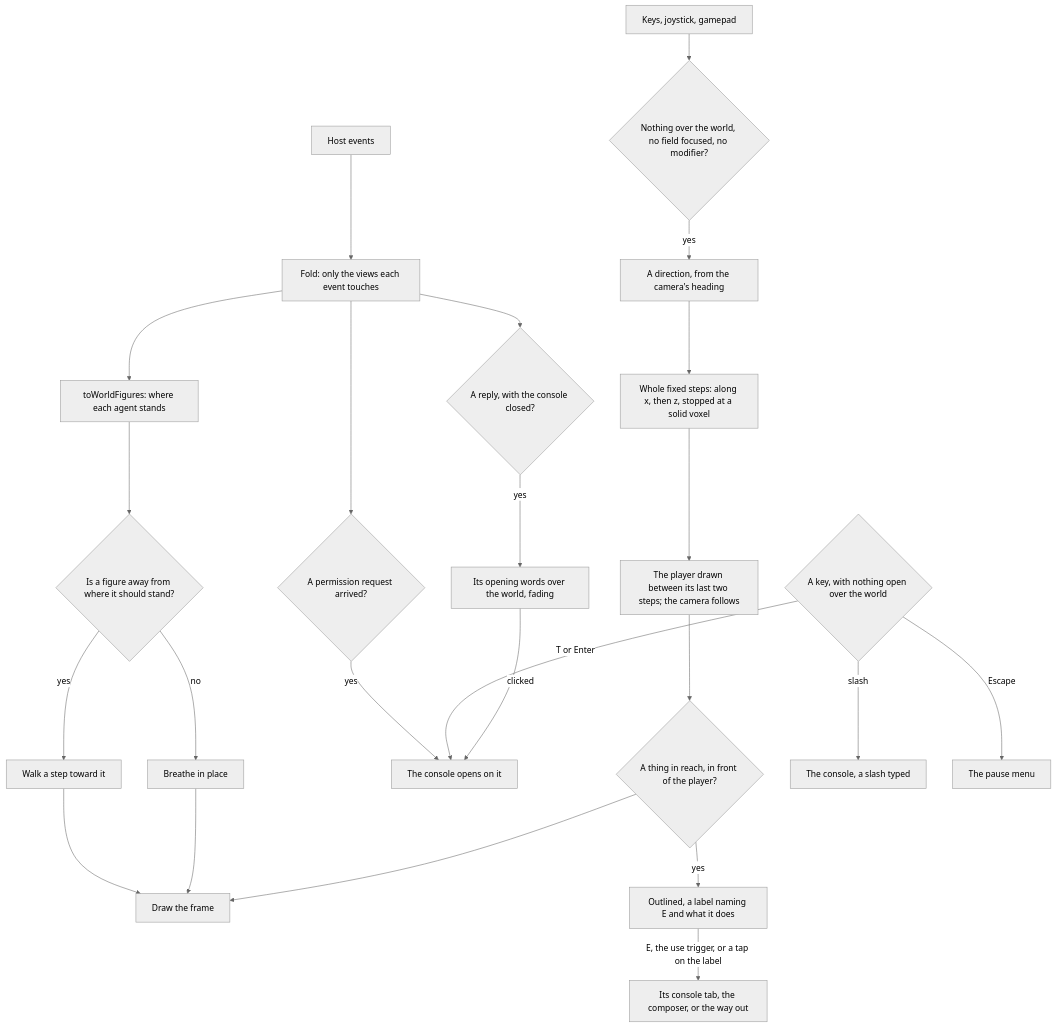
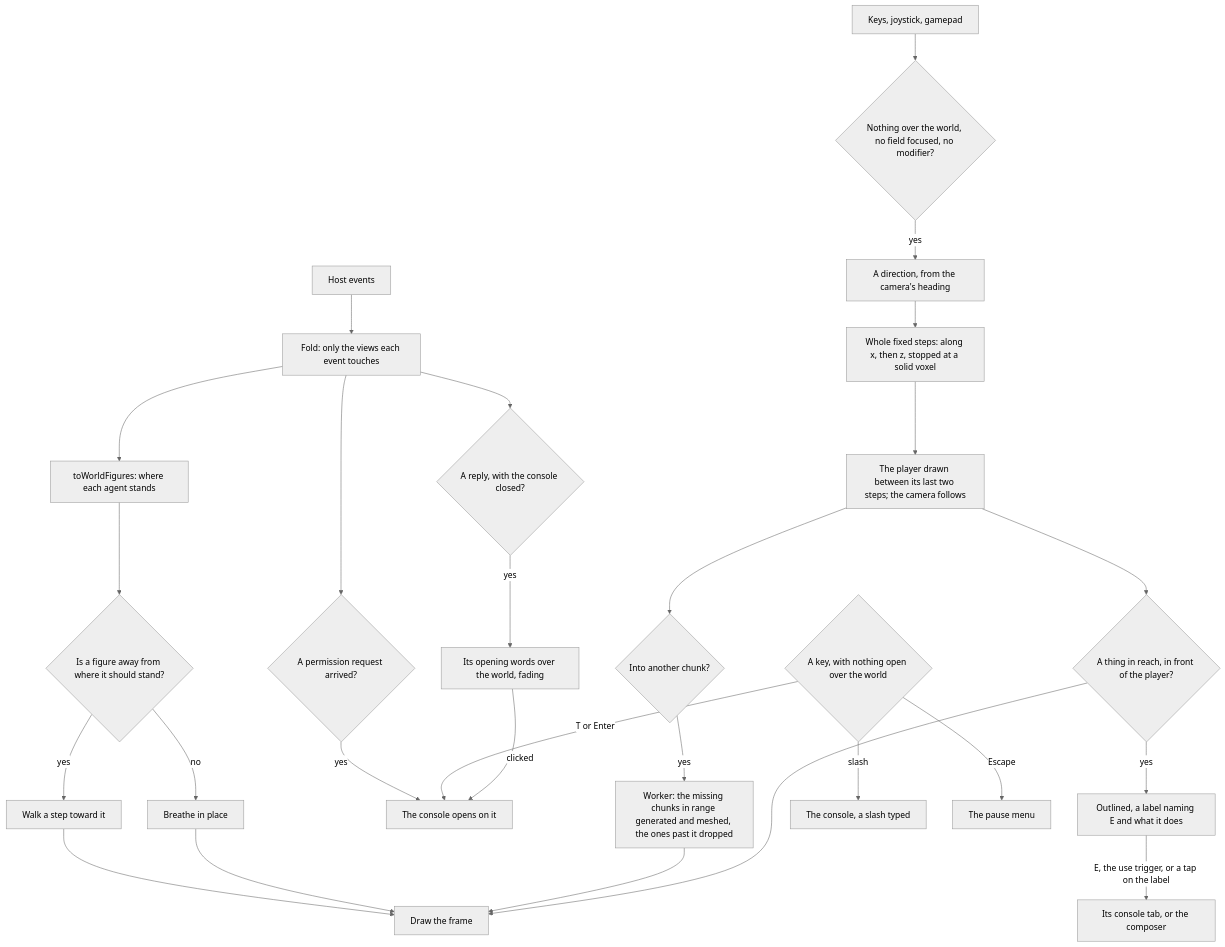
The diagram in apps/web/content/docs/infra/claude-interface/agent-console/voxel-world.md (Esposter/Esposter), drawn with Mermaid (neutral theme) before and after one commit. The commit also changed other lines of this file and 45 other files, not shown here.

````diff
--- a/apps/web/content/docs/infra/claude-interface/agent-console/voxel-world.md
+++ b/apps/web/content/docs/infra/claude-interface/agent-console/voxel-world.md
@@ -12,26 +12,29 @@
 ```mermaid
 flowchart TD
   H[Host events] --> F[Fold: only the views each event touches]
   F --> M[toWorldFigures: where each agent stands]
   M --> W{Is a figure away from where it should stand?}
   W -->|yes| A[Walk a step toward it]
   W -->|no| B[Breathe in place]
   A --> R[Draw the frame]
   B --> R
   F --> Q{A permission request arrived?}
   Q -->|yes| C[The console opens on it]
   F --> N{A reply, with the console closed?}
   N -->|yes| L[Its opening words over the world, fading]
   I[Keys, joystick, gamepad] --> G{Nothing over the world, no field focused, no modifier?}
   G -->|yes| D[A direction, from the camera's heading]
   D --> X[Whole fixed steps: along x, then z, stopped at a solid voxel]
   X --> Y[The player drawn between its last two steps; the camera follows]
   Y --> Z{A thing in reach, in front of the player?}
+  Y --> CK{Into another chunk?}
+  CK -->|yes| WK[Worker: the missing chunks in range generated and meshed, the ones past it dropped]
+  WK --> R
   Z -->|yes| O[Outlined, a label naming E and what it does]
-  O -->|E, the use trigger, or a tap on the label| U[Its console tab, the composer, or the way out]
+  O -->|E, the use trigger, or a tap on the label| U[Its console tab, or the composer]
   Z --> R
   K{A key, with nothing open over the world} -->|T or Enter| C
   K -->|slash| S[The console, a slash typed]
   K -->|Escape| P[The pause menu]
   L -->|clicked| C
 ```
````
